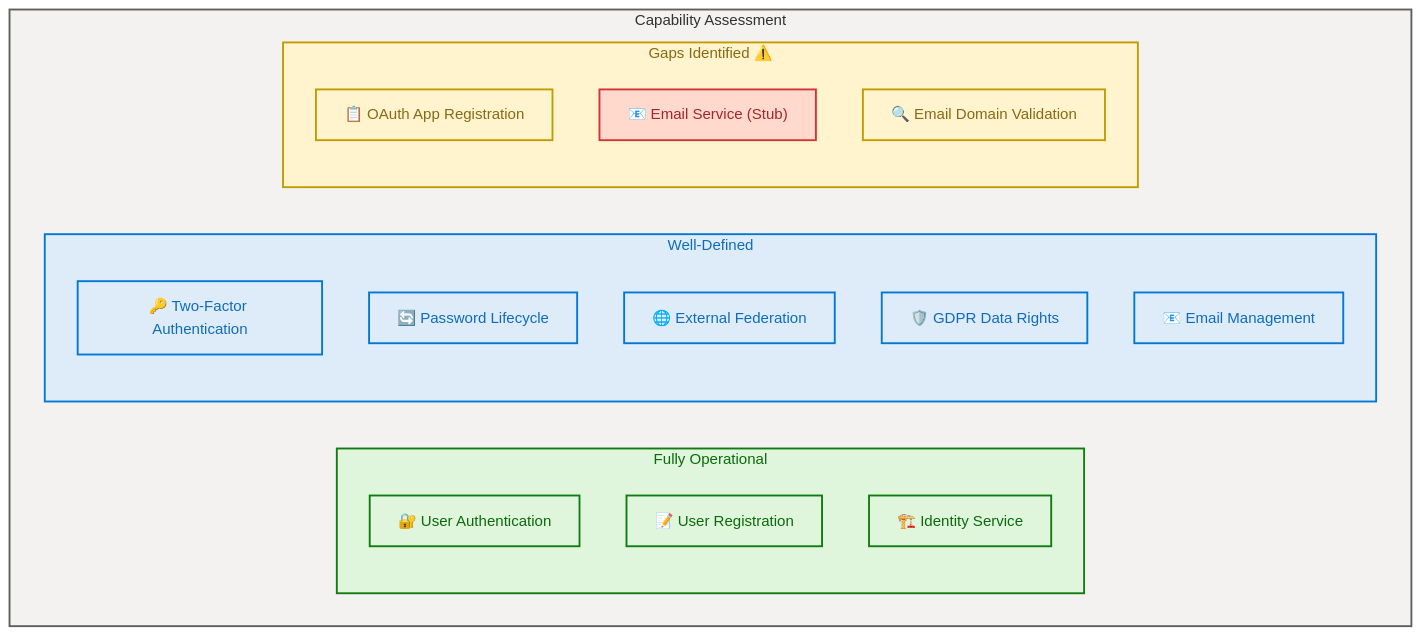
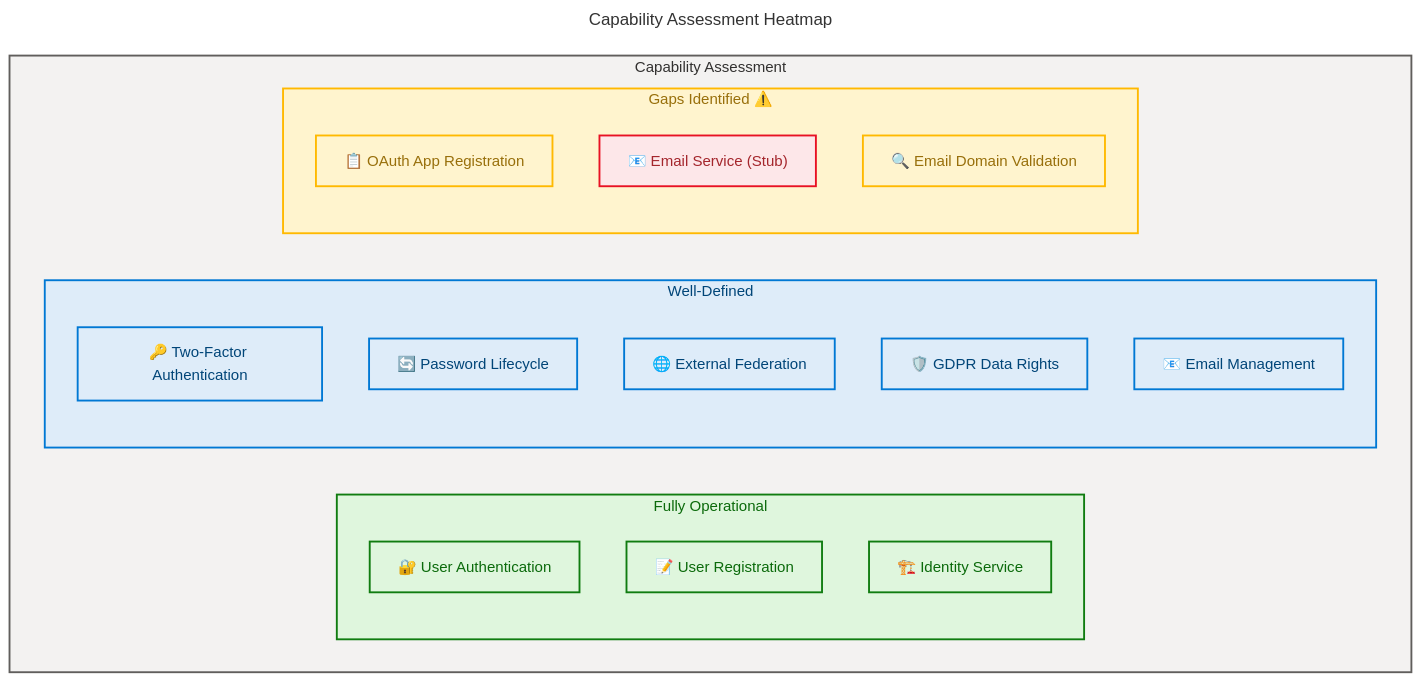
One commit to Evilazaro/IdentityProvider changed the fifth of 11 diagrams in docs/architecture/business-architecture.md. Above: the diagram before and after it, drawn with Mermaid. The commit also changed other lines of this file, not shown here.

Commit message:
Refactor business ecosystem and architecture principle diagrams for improved clarity, accessibility, and semantic structure in business architecture documentation

````diff
--- a/docs/architecture/business-architecture.md
+++ b/docs/architecture/business-architecture.md
@@ -507,51 +538,66 @@
 ```mermaid
 ---
+title: Capability Assessment Heatmap
 config:
   theme: base
   look: classic
   layout: dagre
   themeVariables:
     fontSize: '16px'
+  flowchart:
+    htmlLabels: true
 ---
 flowchart TB
     accTitle: Capability Assessment Heatmap — Contoso IdentityProvider
     accDescr: Visual heatmap showing capability status across key business capabilities with color-coded gap identification
+
+    %% ═══════════════════════════════════════════════════════════════
+    %% AZURE / FLUENT ARCHITECTURE PATTERN v1.1
+    %% Semantic + Structural + Font + Accessibility Governance
+    %% ═══════════════════════════════════════════════════════════════
+    %% PHASE 1 — STRUCTURAL: Direction explicit, nesting ≤ 3
+    %% PHASE 2 — SEMANTIC: Max 5 classes, neutral-first
+    %% PHASE 3 — FONT: Dark text on light backgrounds ≥ 4.5:1
+    %% PHASE 4 — ACCESSIBILITY: accTitle + accDescr + icons on all nodes
+    %% PHASE 5 — STANDARD: Governance block + classDefs centralized
+    %% ═══════════════════════════════════════════════════════════════
 
     subgraph main["Capability Assessment"]
         subgraph level4["Fully Operational"]
             M4A["🔐 User Authentication"]
             M4B["📝 User Registration"]
             M4C["🏗️ Identity Service"]
         end
 
         subgraph level3["Well-Defined"]
             M3A["🔑 Two-Factor Authentication"]
             M3B["🔄 Password Lifecycle"]
             M3C["🌐 External Federation"]
             M3D["🛡️ GDPR Data Rights"]
             M3E["📧 Email Management"]
         end
 
         subgraph level2["Gaps Identified ⚠️"]
             M2A["📋 OAuth App Registration"]
             M2B["📧 Email Service (Stub)"]
             M2C["🔍 Email Domain Validation"]
         end
     end
 
+    %% Semantic classDefs
+    classDef core fill:#DEECF9,stroke:#0078D4,stroke-width:2px,color:#004578
+    classDef success fill:#DFF6DD,stroke:#107C10,stroke-width:2px,color:#0B6A0B
+    classDef warning fill:#FFF4CE,stroke:#FFB900,stroke-width:2px,color:#986F0B
+    classDef danger fill:#FDE7E9,stroke:#E81123,stroke-width:2px,color:#A4262C
+
+    class M4A,M4B,M4C success
+    class M3A,M3B,M3C,M3D,M3E core
+    class M2A,M2C warning
+    class M2B danger
+
+    %% Subgraph styling (semantic fills retained — heatmap pattern)
     style main fill:#F3F2F1,stroke:#605E5C,stroke-width:2px,color:#323130
     style level4 fill:#DFF6DD,stroke:#107C10,stroke-width:2px,color:#0B6A0B
-    style level3 fill:#DEECF9,stroke:#0078D4,stroke-width:2px,color:#0F6CBD
-    style level2 fill:#FFF4CE,stroke:#C19C00,stroke-width:2px,color:#8A6914
-    style M4A fill:#DFF6DD,stroke:#107C10,stroke-width:2px,color:#0B6A0B
-    style M4B fill:#DFF6DD,stroke:#107C10,stroke-width:2px,color:#0B6A0B
-    style M4C fill:#DFF6DD,stroke:#107C10,stroke-width:2px,color:#0B6A0B
-    style M3A fill:#DEECF9,stroke:#0078D4,stroke-width:2px,color:#0F6CBD
-    style M3B fill:#DEECF9,stroke:#0078D4,stroke-width:2px,color:#0F6CBD
-    style M3C fill:#DEECF9,stroke:#0078D4,stroke-width:2px,color:#0F6CBD
-    style M3D fill:#DEECF9,stroke:#0078D4,stroke-width:2px,color:#0F6CBD
-    style M3E fill:#DEECF9,stroke:#0078D4,stroke-width:2px,color:#0F6CBD
-    style M2A fill:#FFF4CE,stroke:#C19C00,stroke-width:2px,color:#8A6914
-    style M2B fill:#FED9CC,stroke:#D13438,stroke-width:2px,color:#A4262C
-    style M2C fill:#FFF4CE,stroke:#C19C00,stroke-width:2px,color:#8A6914
+    style level3 fill:#DEECF9,stroke:#0078D4,stroke-width:2px,color:#004578
+    style level2 fill:#FFF4CE,stroke:#FFB900,stroke-width:2px,color:#986F0B
 ```
````
